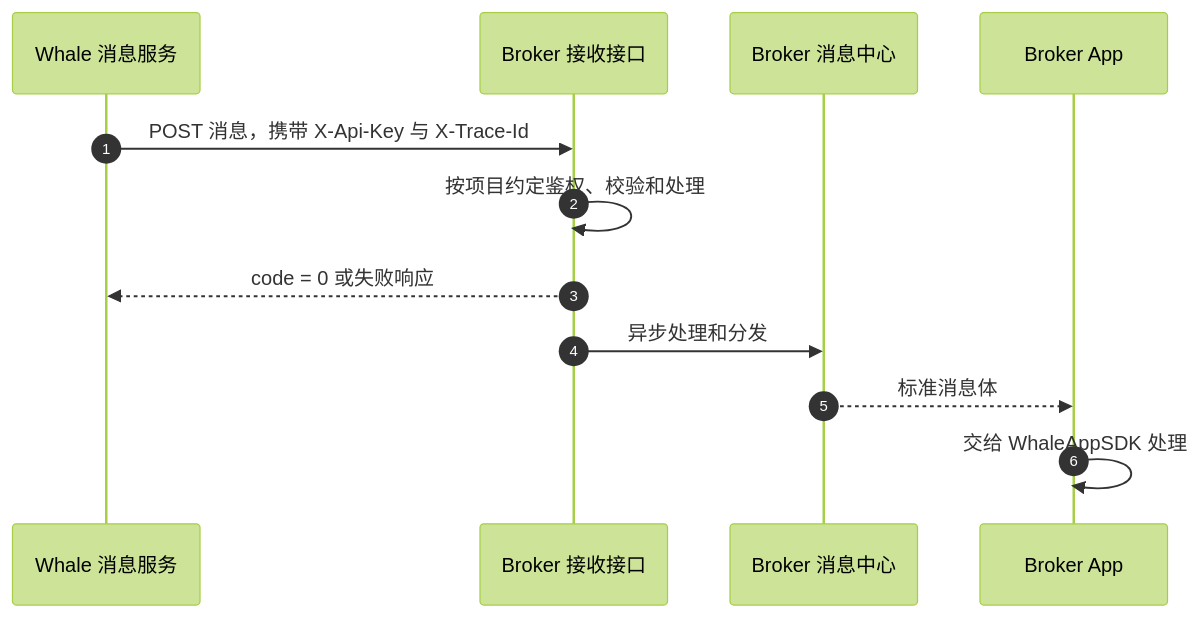
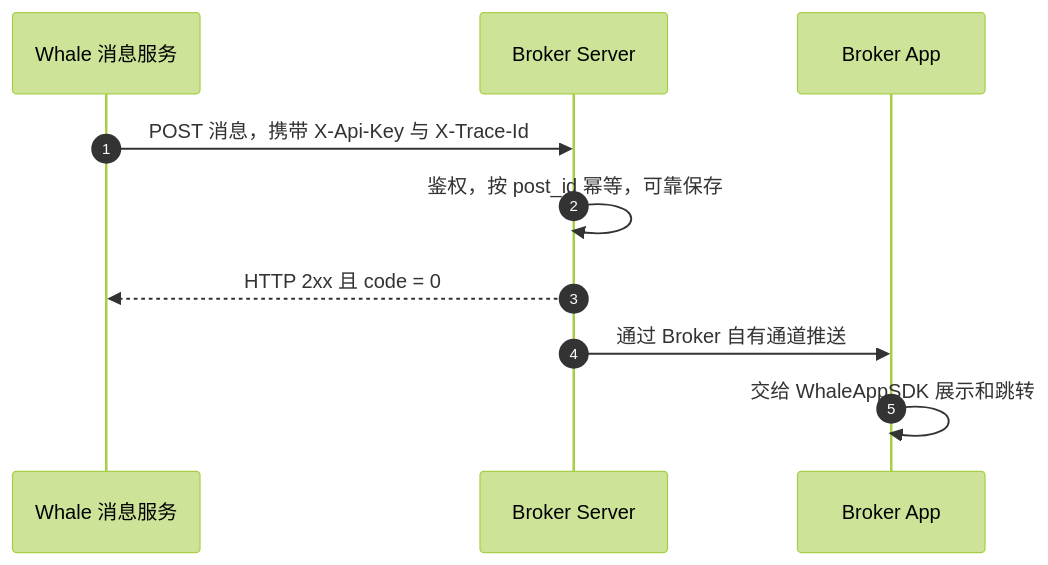
Before and after one commit to longbridge/whale-docs: the diagram in docs/zh-CN/docs/server-message-forwarding.mdx, drawn with Mermaid (forest theme). The commit also changed other lines of this file and 2 other files, not shown here.

First line of the commit message:
docs: update Broker-owned push channel contract (#92)

````diff
--- a/docs/zh-CN/docs/server-message-forwarding.mdx
+++ b/docs/zh-CN/docs/server-message-forwarding.mdx
@@ -10,14 +27,12 @@
 ```mermaid
 sequenceDiagram
     autonumber
     participant Whale as Whale 消息服务
-    participant API as Broker 接收接口
-    participant Center as Broker 消息中心
+    participant API as Broker Server
     participant App as Broker App
     Whale->>API: POST 消息，携带 X-Api-Key 与 X-Trace-Id
-    API->>API: 按项目约定鉴权、校验和处理
-    API-->>Whale: code = 0 或失败响应
-    API->>Center: 异步处理和分发
-    Center-->>App: 标准消息体
-    App->>App: 交给 WhaleAppSDK 处理
+    API->>API: 鉴权，按 post_id 幂等，可靠保存
+    API-->>Whale: HTTP 2xx 且 code = 0
+    API->>App: 通过 Broker 自有通道推送
+    App->>App: 交给 WhaleAppSDK 展示和跳转
 ```
````
